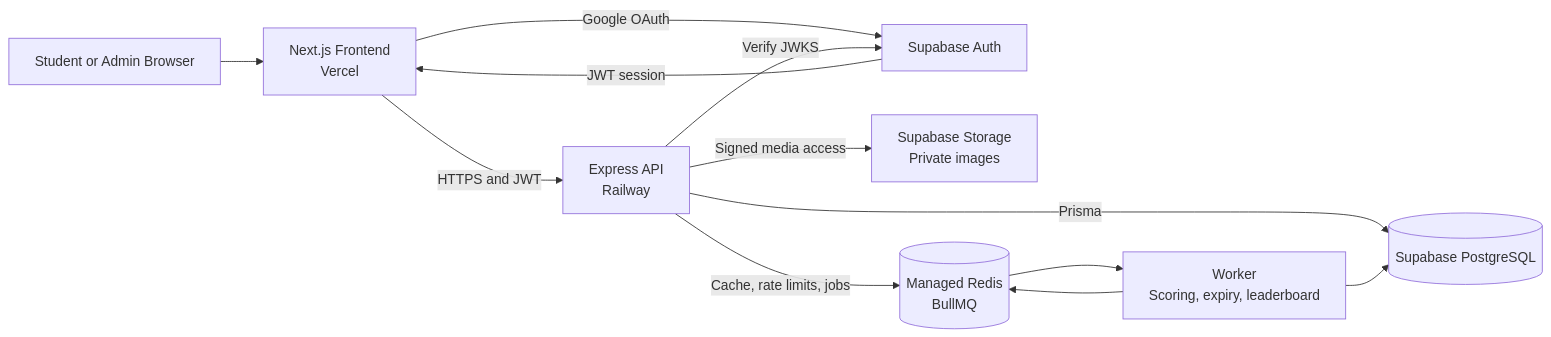
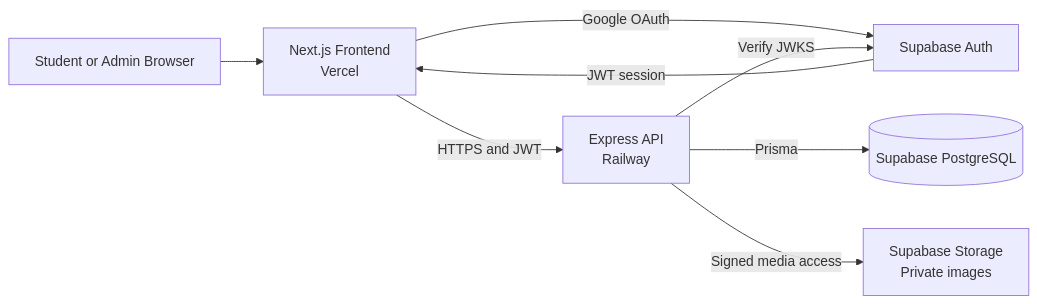
The first of 3 diagrams in docs/hld.md (ayushs206/owasp-quiz-be), drawn with Mermaid before and after one commit. The commit also changed other lines of this file and 4 other files, not shown here.

Commit message:
docs: simplify v1 architecture

````diff
--- a/docs/hld.md
+++ b/docs/hld.md
@@ -19,14 +18,10 @@
 ```mermaid
 flowchart LR
     USER[Student or Admin Browser] --> FE[Next.js Frontend<br/>Vercel]
     FE -->|Google OAuth| AUTH[Supabase Auth]
     AUTH -->|JWT session| FE
     FE -->|HTTPS and JWT| API[Express API<br/>Railway]
     API -->|Verify JWKS| AUTH
     API -->|Prisma| DB[(Supabase PostgreSQL)]
     API -->|Signed media access| STORAGE[Supabase Storage<br/>Private images]
-    API -->|Cache, rate limits, jobs| REDIS[(Managed Redis<br/>BullMQ)]
-    REDIS --> WORKER[Worker<br/>Scoring, expiry, leaderboard]
-    WORKER --> DB
-    WORKER --> REDIS
 ```
````
